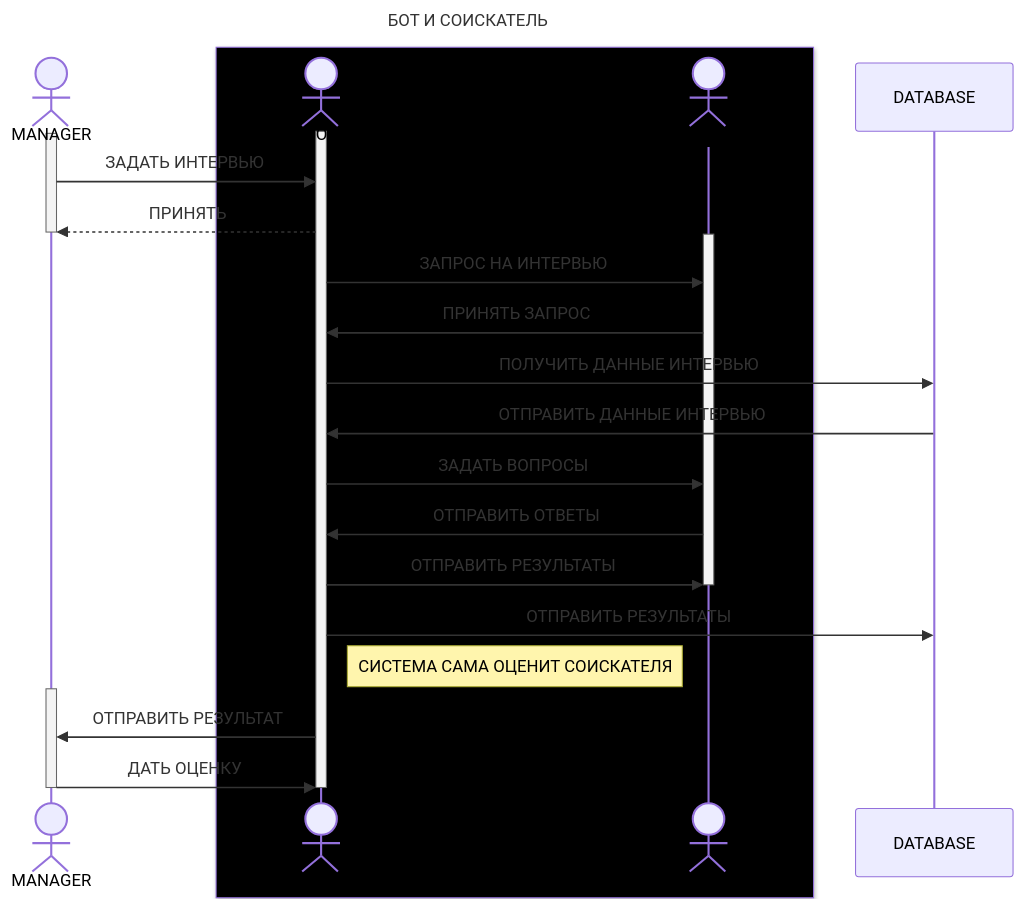
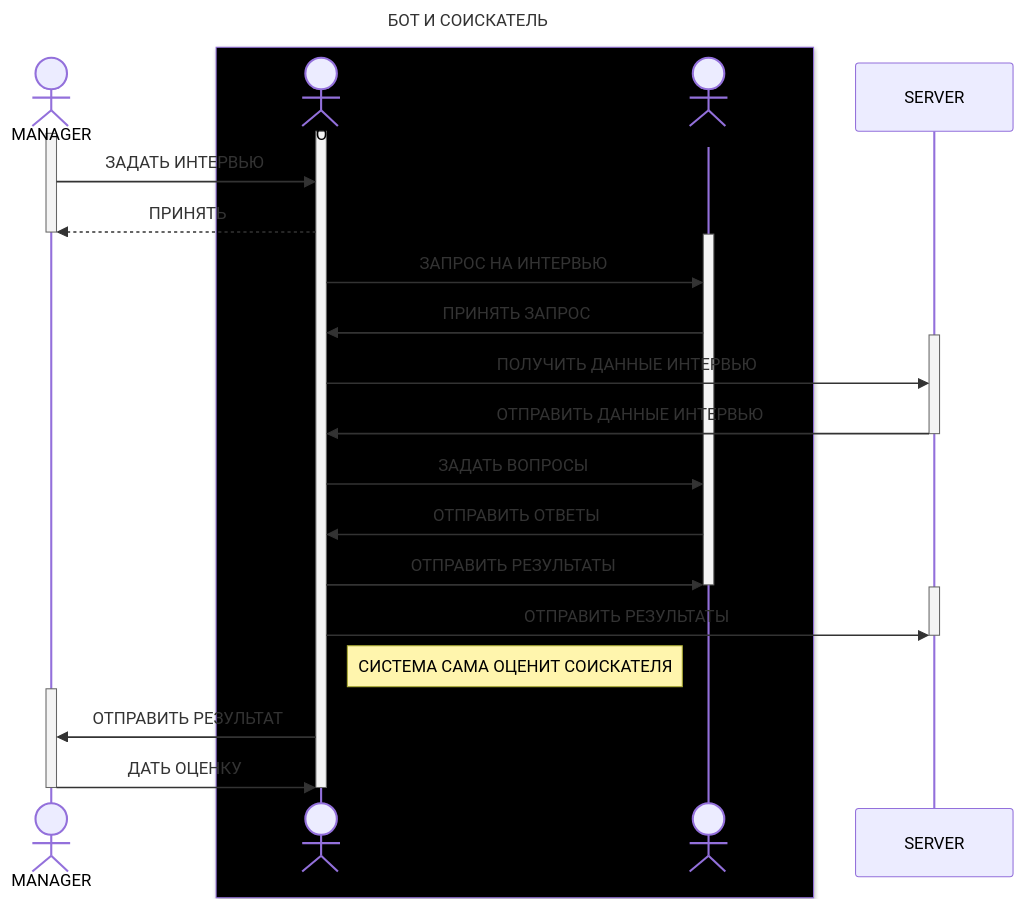
Before and after one commit to TheWitcher1991/talentspot: the diagram in model/automation.uml.md, drawn with Mermaid. The commit also changed 4 other files, not shown here.

Commit message:
add diagrams api

````diff
--- a/model/automation.uml.md
+++ b/model/automation.uml.md
@@ -1,32 +1,36 @@
 ```mermaid
 ---
 title: БОТ И СОИСКАТЕЛЬ
 ---
 sequenceDiagram
     actor MANAGER
     box black
     actor BOT
     actor APPLICANT
     end
     activate BOT
     activate MANAGER
     MANAGER->>BOT: ЗАДАТЬ ИНТЕРВЬЮ
     BOT-->>MANAGER: ПРИНЯТЬ
     deactivate MANAGER
     activate APPLICANT
     BOT->>APPLICANT: ЗАПРОС НА ИНТЕРВЬЮ
     APPLICANT->>BOT: ПРИНЯТЬ ЗАПРОС
-    BOT->>DATABASE: ПОЛУЧИТЬ ДАННЫЕ ИНТЕРВЬЮ
-    DATABASE->>BOT: ОТПРАВИТЬ ДАННЫЕ ИНТЕРВЬЮ
+    activate SERVER
+    BOT->>SERVER: ПОЛУЧИТЬ ДАННЫЕ ИНТЕРВЬЮ
+    SERVER->>BOT: ОТПРАВИТЬ ДАННЫЕ ИНТЕРВЬЮ
+    deactivate SERVER
     BOT->>APPLICANT: ЗАДАТЬ ВОПРОСЫ
     APPLICANT->>BOT: ОТПРАВИТЬ ОТВЕТЫ
     BOT->>APPLICANT: ОТПРАВИТЬ РЕЗУЛЬТАТЫ
     deactivate APPLICANT
-    BOT->>DATABASE: ОТПРАВИТЬ РЕЗУЛЬТАТЫ
+    activate SERVER
+    BOT->>SERVER: ОТПРАВИТЬ РЕЗУЛЬТАТЫ
+    deactivate SERVER
     Note right of BOT: СИСТЕМА САМА ОЦЕНИТ СОИСКАТЕЛЯ
     activate MANAGER
     BOT->>MANAGER: ОТПРАВИТЬ РЕЗУЛЬТАТ
     MANAGER->>BOT: ДАТЬ ОЦЕНКУ
     deactivate MANAGER
     deactivate BOT
 ```
````
